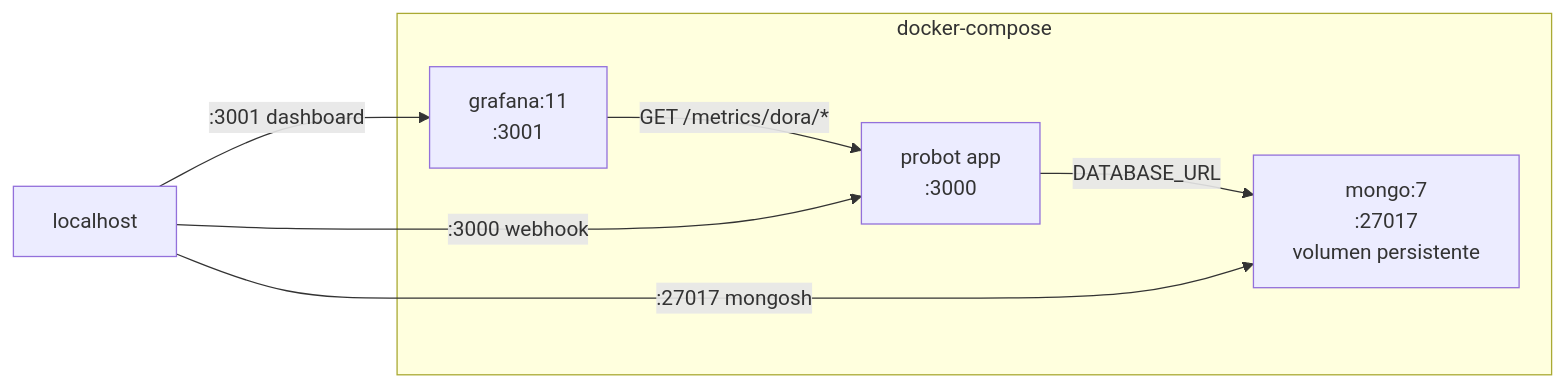
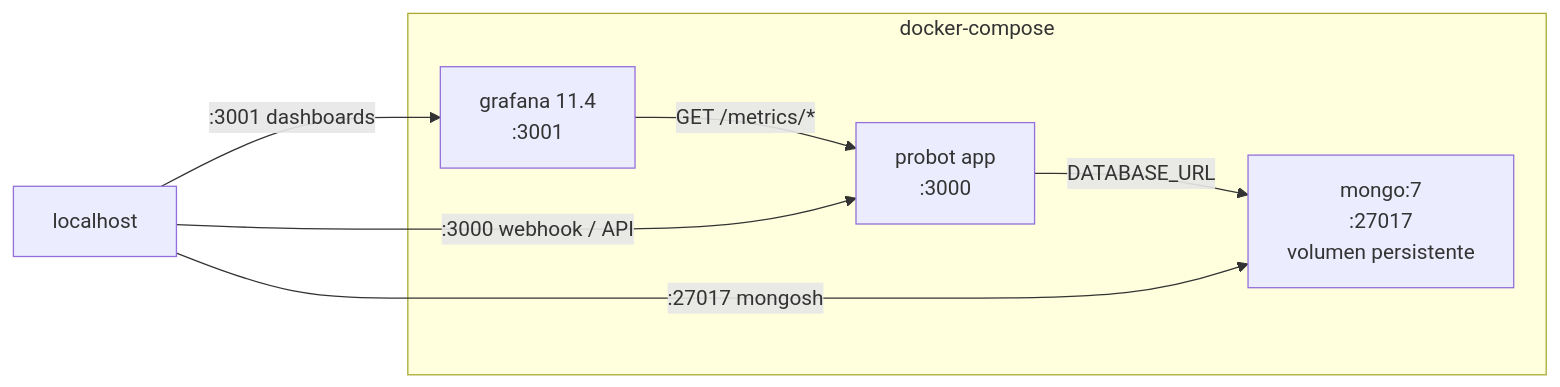
Before and after one commit to VanOps/git-bot: the fifth of 6 diagrams in README.md, drawn with Mermaid. The commit also changed other lines of this file and 6 other files, not shown here.

````diff
--- a/README.md
+++ b/README.md
@@ -299,13 +351,13 @@
 ```mermaid
 graph LR
     subgraph docker-compose
         M["mongo:7\n:27017\nvolumen persistente"]
         P["probot app\n:3000"]
-        G["grafana:11\n:3001"]
+        G["grafana 11.4\n:3001"]
         P -- "DATABASE_URL" --> M
-        G -- "GET /metrics/dora/*" --> P
+        G -- "GET /metrics/*" --> P
     end
-    HOST["localhost"] -- ":3000 webhook" --> P
-    HOST -- ":3001 dashboard" --> G
+    HOST["localhost"] -- ":3000 webhook / API" --> P
+    HOST -- ":3001 dashboards" --> G
     HOST -- ":27017 mongosh" --> M
 ```
````
